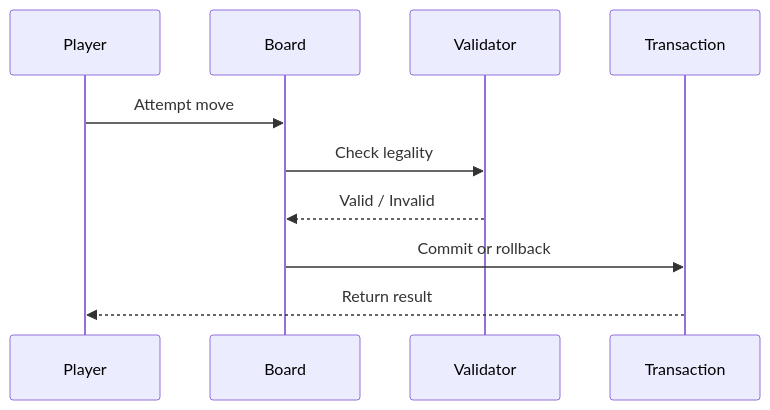
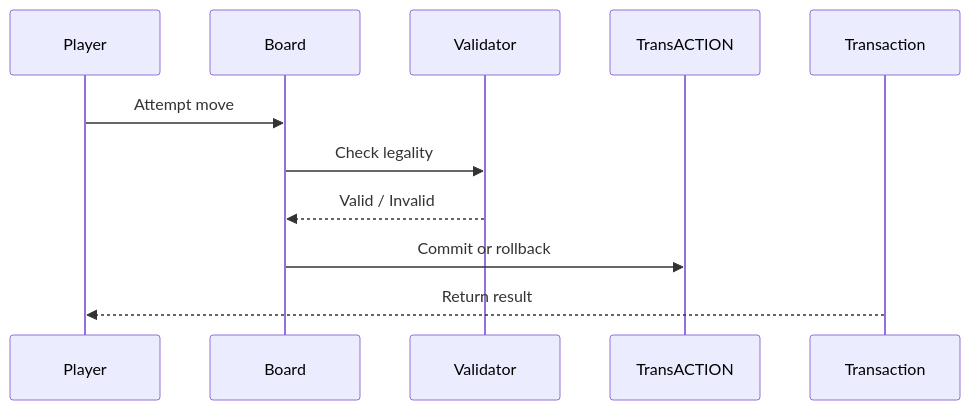
One commit to banjilawal/chessbot changed the eighth of 10 diagrams in chessbot_api_architecture_guide.md. Above: the diagram before and after it, drawn with Mermaid. The commit also changed other lines of this file and 159 other files, not shown here.

Commit message:
1) Wrote and documented PersonaLookup.2) Updated SchemaLookup line comments.3) Fixed typos across the project.

````diff
--- a/chessbot_api_architecture_guide.md
+++ b/chessbot_api_architecture_guide.md
@@ -742,9 +742,9 @@
 ```mermaid
 %% Move Validation + Transaction
 sequenceDiagram
   Player->>Board: Attempt move
   Board->>Validator: Check legality
   Validator-->>Board: Valid / Invalid
-  Board->>Transaction: Commit or rollback
+  Board->>TransACTION: Commit or rollback
   Transaction-->>Player: Return result
 ```
````
